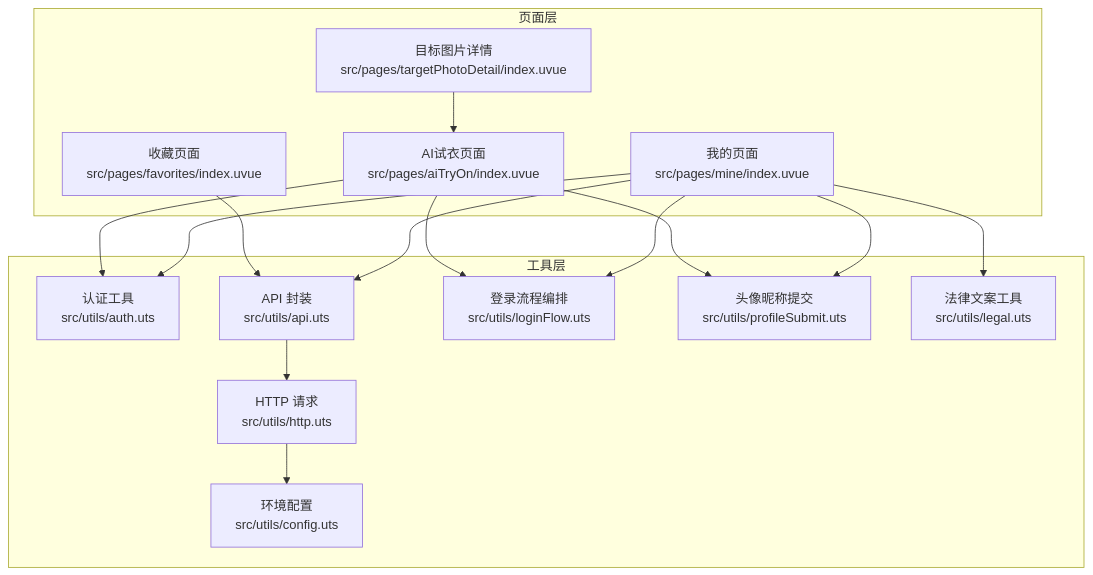
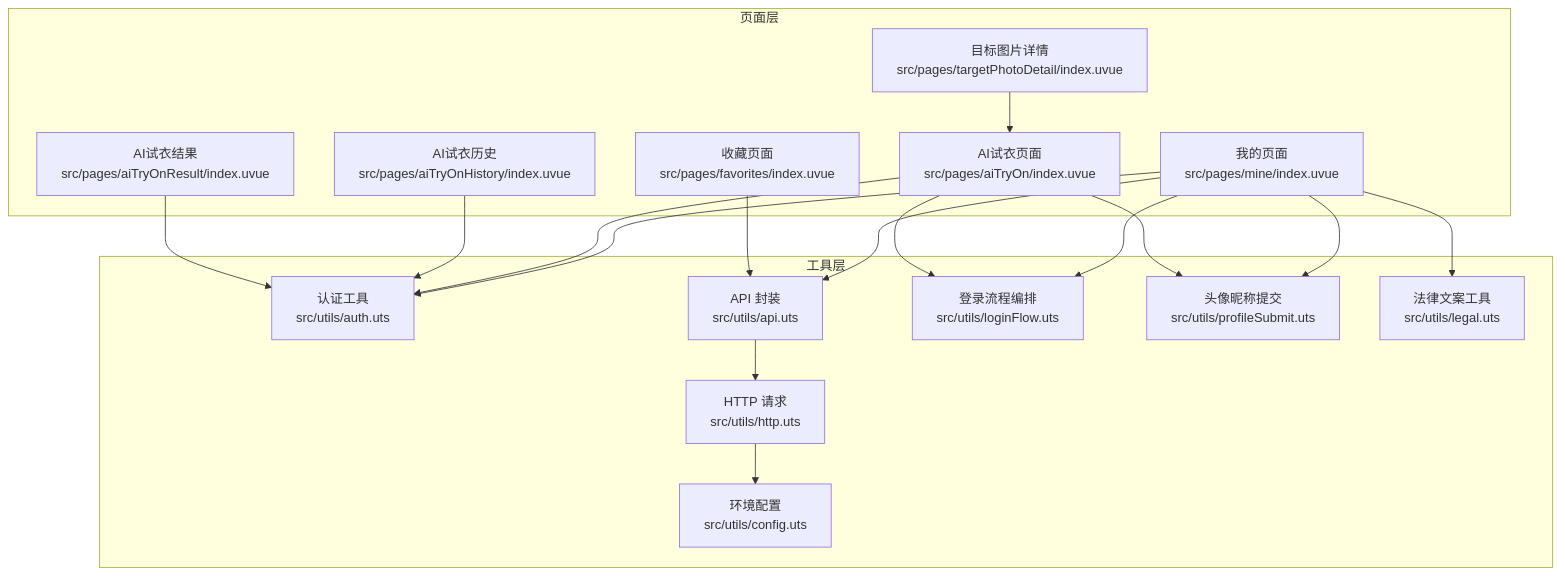
The first of 10 diagrams in .qoder/repowiki/zh/content/核心功能模块/用户认证系统.md (crazyma99/blueberry), drawn with Mermaid before and after one commit. The commit also changed other lines of this file and 4 other files, not shown here.

````diff
--- a/.qoder/repowiki/zh/content/核心功能模块/用户认证系统.md
+++ b/.qoder/repowiki/zh/content/核心功能模块/用户认证系统.md
@@ -49,30 +53,34 @@
 ```mermaid
 graph TB
 subgraph "页面层"
 Mine["我的页面<br/>src/pages/mine/index.uvue"]
 Favorites["收藏页面<br/>src/pages/favorites/index.uvue"]
 AiTryOn["AI试衣页面<br/>src/pages/aiTryOn/index.uvue"]
 TargetPhoto["目标图片详情<br/>src/pages/targetPhotoDetail/index.uvue"]
+AiTryOnHistory["AI试衣历史<br/>src/pages/aiTryOnHistory/index.uvue"]
+AiTryOnResult["AI试衣结果<br/>src/pages/aiTryOnResult/index.uvue"]
 end
 subgraph "工具层"
 Auth["认证工具<br/>src/utils/auth.uts"]
 Api["API 封装<br/>src/utils/api.uts"]
 Http["HTTP 请求<br/>src/utils/http.uts"]
 LoginFlow["登录流程编排<br/>src/utils/loginFlow.uts"]
 ProfileSubmit["头像昵称提交<br/>src/utils/profileSubmit.uts"]
 Legal["法律文案工具<br/>src/utils/legal.uts"]
 Config["环境配置<br/>src/utils/config.uts"]
 end
 Mine --> Auth
 Mine --> Api
 Mine --> LoginFlow
 Mine --> ProfileSubmit
 Mine --> Legal
 AiTryOn --> LoginFlow
 AiTryOn --> ProfileSubmit
 AiTryOn --> Auth
+AiTryOnHistory --> Auth
+AiTryOnResult --> Auth
 TargetPhoto --> AiTryOn
 Favorites --> Api
 Api --> Http
 Http --> Config
 ```
````
